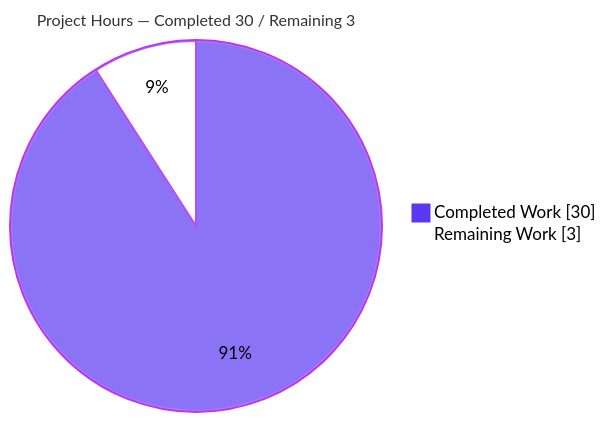
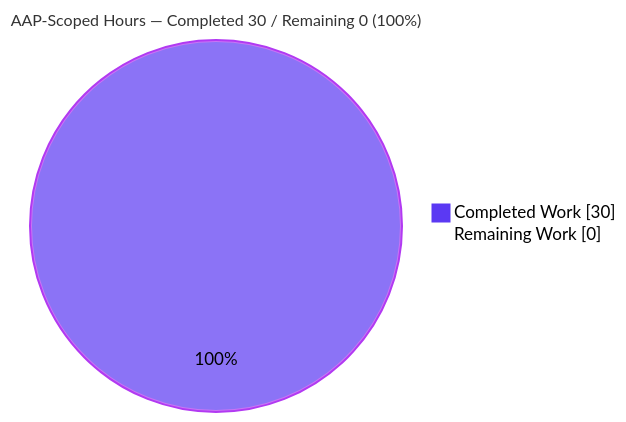
Before and after one commit to ajitblitzy/Society_mngt-13-Jul-2026: the second of 3 diagrams in blitzy/documentation/Project Guide.md, drawn with Mermaid. The commit also changed other lines of this file and 1 other file, not shown here.

````diff
--- a/blitzy/documentation/Project Guide.md
+++ b/blitzy/documentation/Project Guide.md
@@ -197,7 +199,7 @@
 ```mermaid
 %%{init: {"theme":"base","themeVariables":{"pie1":"#5B39F3","pie2":"#FFFFFF","pieStrokeColor":"#B23AF2","pieStrokeWidth":"2px","pieOuterStrokeColor":"#B23AF2","pieOuterStrokeWidth":"2px","pieSectionTextColor":"#000000","pieLegendTextColor":"#000000","pieTitleTextSize":"16px"}}}%%
 pie showData
-    title Project Hours — Completed 30 / Remaining 3
+    title AAP-Scoped Hours — Completed 30 / Remaining 0 (100%)
     "Completed Work" : 30
-    "Remaining Work" : 3
+    "Remaining Work" : 0
 ```
````
